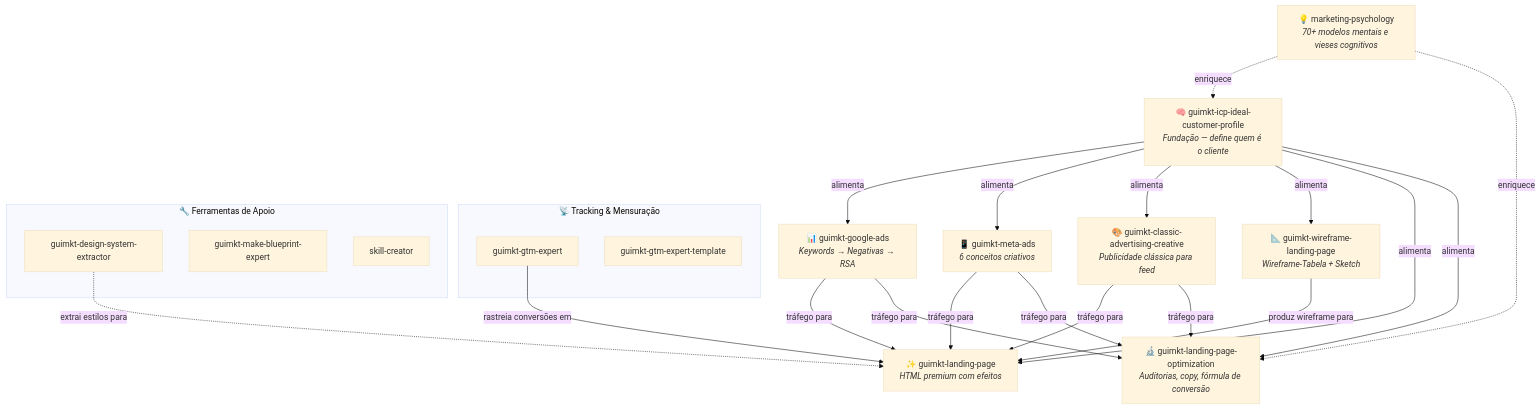
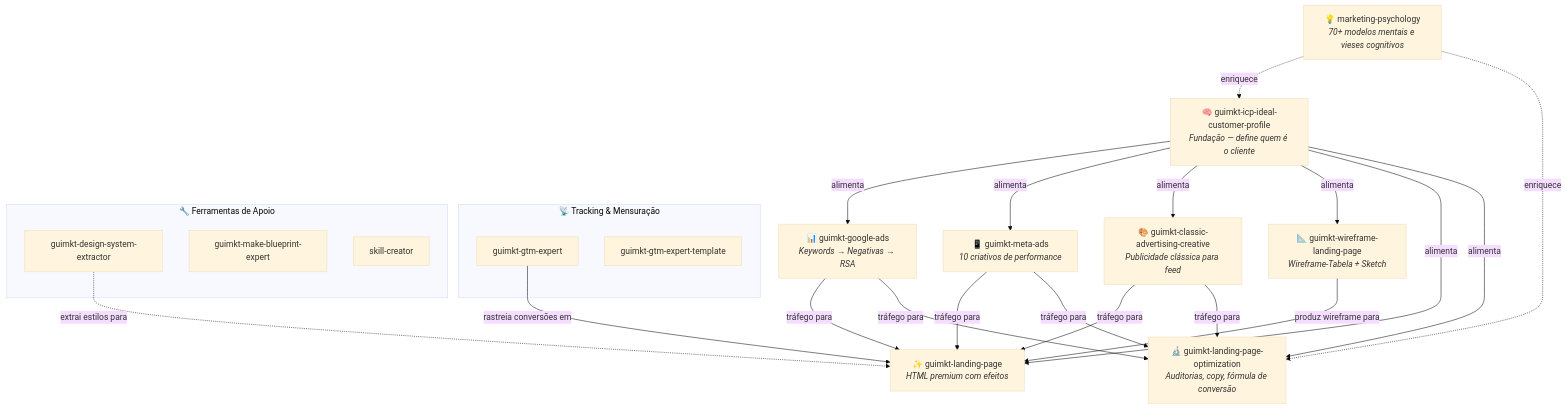
One commit to guilhermemarketing/esc-skills changed the third of 4 diagrams in README.md. Above: the diagram before and after it, drawn with Mermaid (base theme). The commit also changed other lines of this file, not shown here.

First line of the commit message:
docs: sync README with guimkt-meta-ads v2.0.0

````diff
--- a/README.md
+++ b/README.md
@@ -572,32 +572,32 @@
 ```mermaid
 graph TD
     ICP["🧠 guimkt-icp-ideal-customer-profile<br/><i>Fundação — define quem é o cliente</i>"]
     PSY["💡 marketing-psychology<br/><i>70+ modelos mentais e vieses cognitivos</i>"]
 
     ICP -->|alimenta| GA["📊 guimkt-google-ads<br/><i>Keywords → Negativas → RSA</i>"]
-    ICP -->|alimenta| MA["📱 guimkt-meta-ads<br/><i>6 conceitos criativos</i>"]
+    ICP -->|alimenta| MA["📱 guimkt-meta-ads<br/><i>10 criativos de performance</i>"]
     ICP -->|alimenta| CAC["🎨 guimkt-classic-advertising-creative<br/><i>Publicidade clássica para feed</i>"]
     ICP -->|alimenta| WF["📐 guimkt-wireframe-landing-page<br/><i>Wireframe-Tabela + Sketch</i>"]
     ICP -->|alimenta| LP["✨ guimkt-landing-page<br/><i>HTML premium com efeitos</i>"]
     ICP -->|alimenta| LPO["🔬 guimkt-landing-page-optimization<br/><i>Auditorias, copy, fórmula de conversão</i>"]
 
     PSY -.->|enriquece| ICP
     PSY -.->|enriquece| LPO
 
     WF -->|produz wireframe para| LP
 
     subgraph Tracking["📡 Tracking & Mensuração"]
         GTM["guimkt-gtm-expert"]
         GTMT["guimkt-gtm-expert-template"]
     end
 
     subgraph Tools["🔧 Ferramentas de Apoio"]
         DSE["guimkt-design-system-extractor"]
         MBE["guimkt-make-blueprint-expert"]
         SC["skill-creator"]
     end
 
     GA & MA & CAC -->|tráfego para| LP & LPO
     GTM -->|rastreia conversões em| LP
     DSE -.->|extrai estilos para| LP
 ```
````
